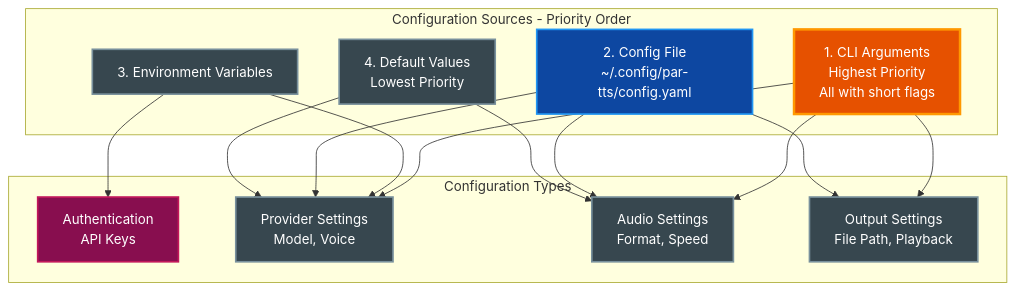
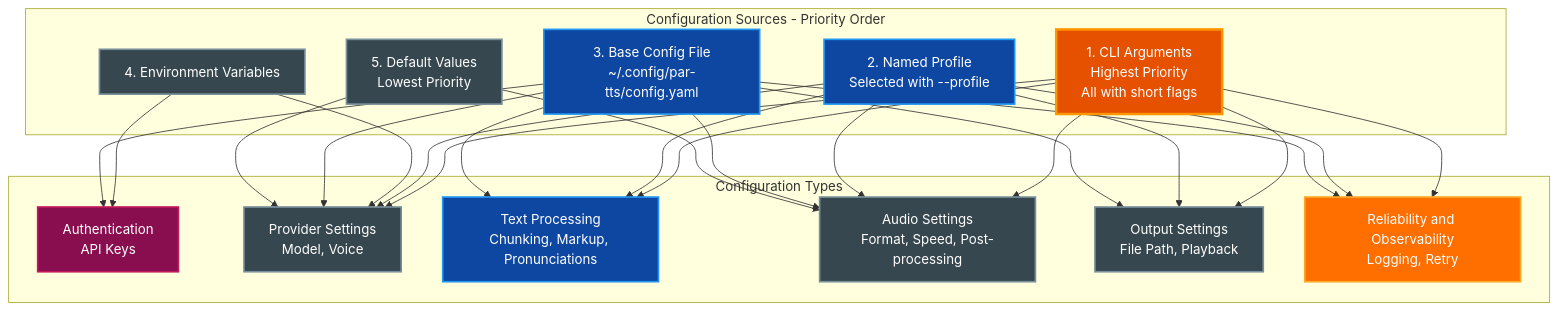
Diagram 12 of 21 in docs/ARCHITECTURE.md (paulrobello/par-cli-tts), drawn with Mermaid before and after one commit. The commit also changed other lines of this file and 3 other files, not shown here.

````diff
--- a/docs/ARCHITECTURE.md
+++ b/docs/ARCHITECTURE.md
@@ -1065,39 +1155,56 @@
 ```mermaid
 graph TD
     subgraph "Configuration Sources - Priority Order"
         CLI[1. CLI Arguments<br/>Highest Priority<br/>All with short flags]
-        CONF[2. Config File<br/>~/.config/par-tts/config.yaml]
-        ENV[3. Environment Variables]
-        DEFAULT[4. Default Values<br/>Lowest Priority]
+        PROFILE[2. Named Profile<br/>Selected with --profile]
+        CONF[3. Base Config File<br/>~/.config/par-tts/config.yaml]
+        ENV[4. Environment Variables]
+        DEFAULT[5. Default Values<br/>Lowest Priority]
     end
 
     subgraph "Configuration Types"
         AUTH[Authentication<br/>API Keys]
         PROVIDER[Provider Settings<br/>Model, Voice]
-        AUDIO[Audio Settings<br/>Format, Speed]
+        TEXTCFG[Text Processing<br/>Chunking, Markup, Pronunciations]
+        AUDIO[Audio Settings<br/>Format, Speed, Post-processing]
         OUTPUT[Output Settings<br/>File Path, Playback]
+        REL[Reliability and Observability<br/>Logging, Retry]
     end
 
     CLI --> PROVIDER
+    CLI --> TEXTCFG
     CLI --> AUDIO
     CLI --> OUTPUT
+    CLI --> REL
+
+    PROFILE --> PROVIDER
+    PROFILE --> TEXTCFG
+    PROFILE --> AUDIO
+    PROFILE --> OUTPUT
+    PROFILE --> REL
 
     ENV --> AUTH
     ENV --> PROVIDER
 
+    CONF --> AUTH
     CONF --> PROVIDER
+    CONF --> TEXTCFG
     CONF --> AUDIO
     CONF --> OUTPUT
+    CONF --> REL
 
     DEFAULT --> PROVIDER
     DEFAULT --> AUDIO
 
     style CLI fill:#e65100,stroke:#ff9800,stroke-width:3px,color:#ffffff
+    style PROFILE fill:#0d47a1,stroke:#2196f3,stroke-width:2px,color:#ffffff
     style ENV fill:#37474f,stroke:#78909c,stroke-width:2px,color:#ffffff
     style CONF fill:#0d47a1,stroke:#2196f3,stroke-width:2px,color:#ffffff
     style DEFAULT fill:#37474f,stroke:#78909c,stroke-width:2px,color:#ffffff
     style AUTH fill:#880e4f,stroke:#c2185b,stroke-width:2px,color:#ffffff
     style PROVIDER fill:#37474f,stroke:#78909c,stroke-width:2px,color:#ffffff
+    style TEXTCFG fill:#0d47a1,stroke:#2196f3,stroke-width:2px,color:#ffffff
     style AUDIO fill:#37474f,stroke:#78909c,stroke-width:2px,color:#ffffff
     style OUTPUT fill:#37474f,stroke:#78909c,stroke-width:2px,color:#ffffff
+    style REL fill:#ff6f00,stroke:#ffa726,stroke-width:2px,color:#ffffff
 ```
````
